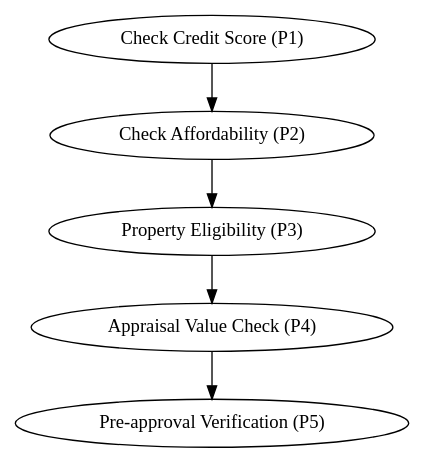
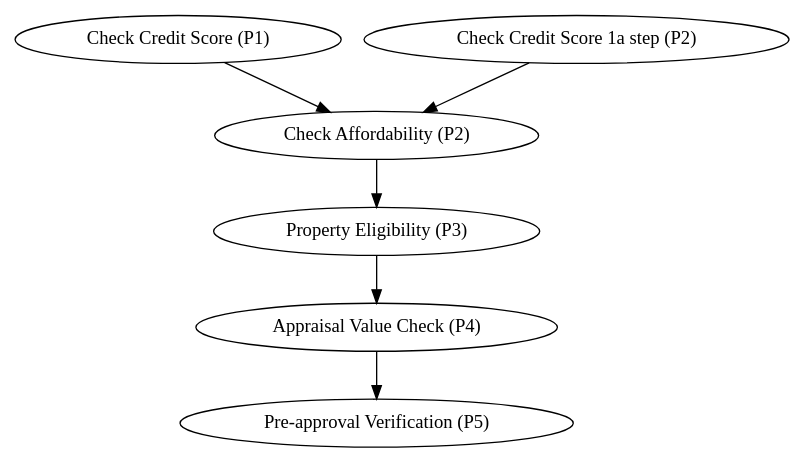
The diagram in output_rules_graph.dot (rammygit/jsonviz), drawn with Graphviz before and after one commit. The commit also changed 2 other files, not shown here.

```diff
--- a/output_rules_graph.dot
+++ b/output_rules_graph.dot
@@ -1,11 +1,13 @@
 strict digraph {
   rule_001 [label="Check Credit Score (P1)"]
+  rule_001a [label="Check Credit Score 1a step (P2)"]
   rule_002 [label="Check Affordability (P2)"]
   rule_003 [label="Property Eligibility (P3)"]
   rule_004 [label="Appraisal Value Check (P4)"]
   rule_005 [label="Pre-approval Verification (P5)"]
   rule_001 -> rule_002
+  rule_001a -> rule_002
   rule_002 -> rule_003
   rule_003 -> rule_004
   rule_004 -> rule_005
 }
```
